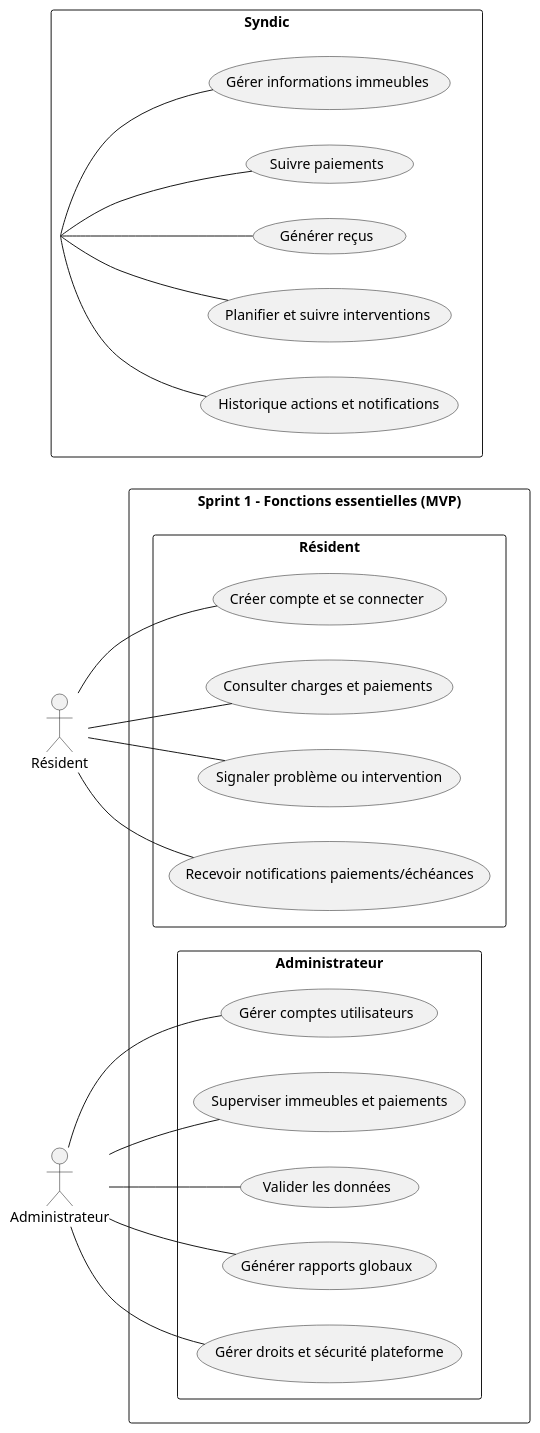
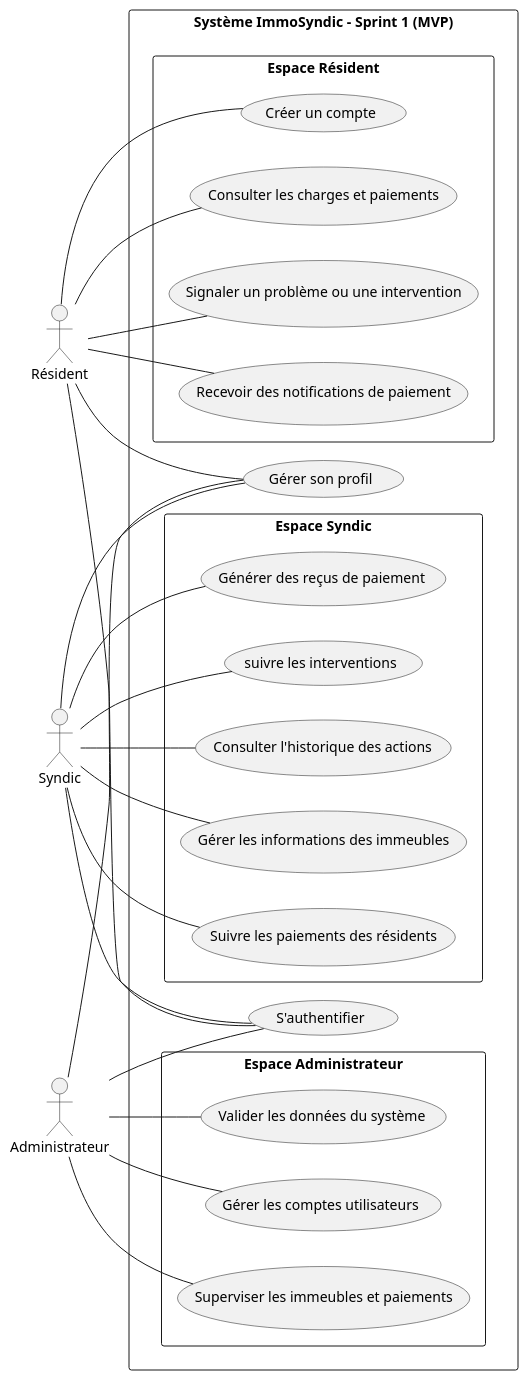
The diagram in analyse/cas_utilisation/use_case_sprint1.puml (fadna-lakhouchen/Projet-finale), drawn with PlantUML before and after one commit. The commit also changed 2 other files, not shown here.

```diff
--- a/analyse/cas_utilisation/use_case_sprint1.puml
+++ b/analyse/cas_utilisation/use_case_sprint1.puml
@@ -1,36 +1,46 @@
 @startuml
 left to right direction
 skinparam packageStyle rectangle
 skinparam shadowing false
 
 actor "Résident" as Resident
 actor "Syndic" as Syndic
 actor "Administrateur" as Admin
 
-rectangle "Sprint 1 - Fonctions essentielles (MVP)" {
+rectangle "Système ImmoSyndic - Sprint 1 (MVP)" {
 
-  package "Résident" {
-    Resident -- (Créer compte et se connecter)
-    Resident -- (Consulter charges et paiements)
-    Resident -- (Signaler problème ou intervention)
-    Resident -- (Recevoir notifications paiements/échéances)
+  ' Authentification commune
+  usecase "S'authentifier" as Auth
+  usecase "Gérer son profil" as Profile
+
+  Resident -- Auth
+  Syndic -- Auth
+  Admin -- Auth
+  
+  Resident -- Profile
+  Syndic -- Profile
+  Admin -- Profile
+
+  package "Espace Résident" {
+    Resident -- (Créer un compte)
+    Resident -- (Consulter les charges et paiements)
+    Resident -- (Signaler un problème ou une intervention)
+    Resident -- (Recevoir des notifications de paiement)
   }
 
-  package "Syndic" {
-    Syndic -- (Gérer informations immeubles)
-    Syndic -- (Suivre paiements)
-    Syndic -- (Générer reçus)
-    Syndic -- (Planifier et suivre interventions)
-    Syndic -- (Historique actions et notifications)
+  package "Espace Syndic" {
+    Syndic -- (Gérer les informations des immeubles)
+    Syndic -- (Suivre les paiements des résidents)
+    Syndic -- (Générer des reçus de paiement)
+    Syndic -- (suivre les interventions)
+    Syndic -- (Consulter l'historique des actions)
   }
 
-  package "Administrateur" {
-    Admin -- (Gérer comptes utilisateurs)
-    Admin -- (Superviser immeubles et paiements)
-    Admin -- (Valider les données)
-    Admin -- (Générer rapports globaux)
-    Admin -- (Gérer droits et sécurité plateforme)
+  package "Espace Administrateur" {
+    Admin -- (Gérer les comptes utilisateurs)
+    Admin -- (Superviser les immeubles et paiements)
+    Admin -- (Valider les données du système)
   }
 
 }
 @enduml
```
